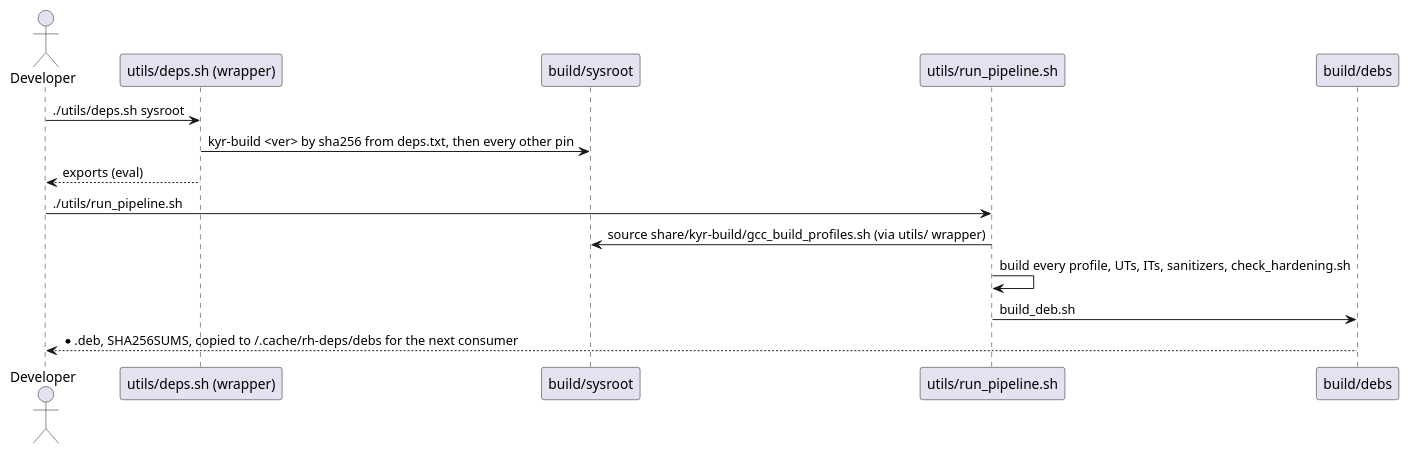
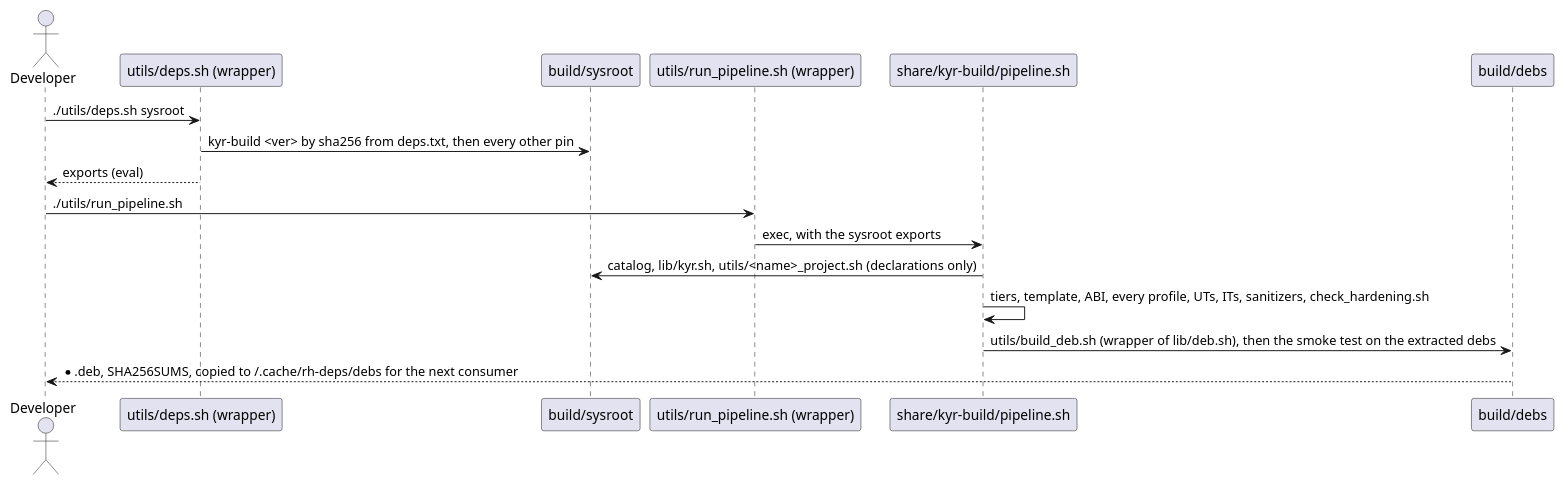
The diagram in docs/diagrams/tooling_sequence.puml (RomanHorshkov/fs_util), drawn with PlantUML before and after one commit. The commit also changed 17 other files, not shown here.

Commit message:
Move utils/ onto the kyr-build 2.1.0 wrappers

```diff
--- a/docs/diagrams/tooling_sequence.puml
+++ b/docs/diagrams/tooling_sequence.puml
@@ -1,16 +1,18 @@
 @startuml
 ' claim: this repository builds from its sysroot with the pinned kyr-build; no tooling copy lives here
 actor Developer
 participant "utils/deps.sh (wrapper)" as W
 participant "build/sysroot" as S
-participant "utils/run_pipeline.sh" as P
+participant "utils/run_pipeline.sh (wrapper)" as P
+participant "share/kyr-build/pipeline.sh" as K
 participant "build/debs" as D
 Developer -> W : ./utils/deps.sh sysroot
 W -> S : kyr-build <ver> by sha256 from deps.txt, then every other pin
 W --> Developer : exports (eval)
 Developer -> P : ./utils/run_pipeline.sh
-P -> S : source share/kyr-build/gcc_build_profiles.sh (via utils/ wrapper)
-P -> P : build every profile, UTs, ITs, sanitizers, check_hardening.sh
-P -> D : build_deb.sh
+P -> K : exec, with the sysroot exports
+K -> S : catalog, lib/kyr.sh, utils/<name>_project.sh (declarations only)
+K -> K : tiers, template, ABI, every profile, UTs, ITs, sanitizers, check_hardening.sh
+K -> D : utils/build_deb.sh (wrapper of lib/deb.sh), then the smoke test on the extracted debs
 D --> Developer : *.deb, SHA256SUMS, copied to ~/.cache/rh-deps/debs for the next consumer
 @enduml
```
